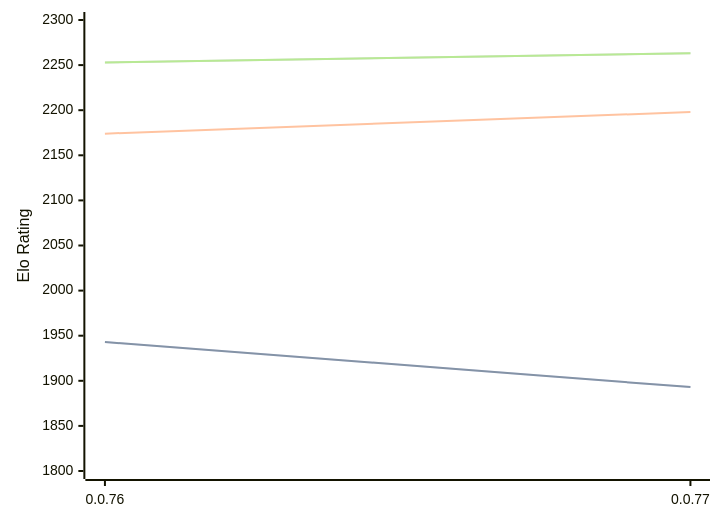
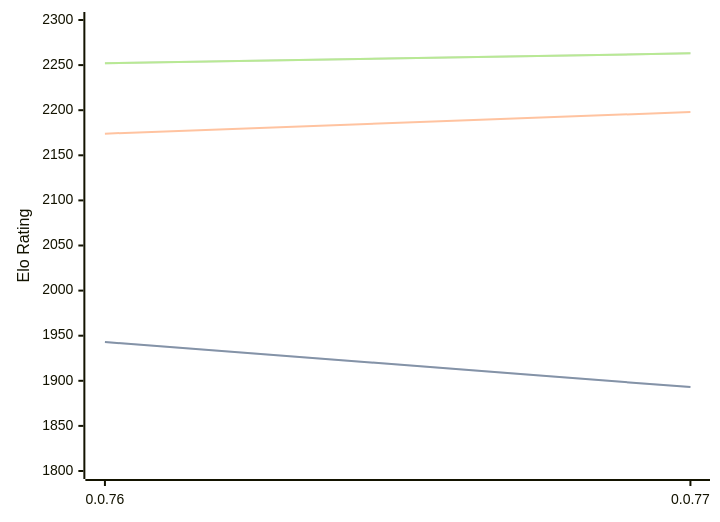
Before and after one commit to computer-chess-index/cci: the diagram in engines/Fktb.md, drawn with Mermaid. The commit also changed other lines of this file, not shown here.

Commit message:
Update CCI Ratings (ELO VLTC) - 2026-04-20

````diff
--- a/engines/Fktb.md
+++ b/engines/Fktb.md
@@ -32,11 +32,11 @@
 ```mermaid
 %%{init: {"theme":"base","themeVariables":{"seriesColors:['#a3a3a3','#222221','#faa371']}}}%%
 xychart-beta
   x-axis ["0.0.76", "0.0.77"]
   y-axis "Elo Rating" 1800 --> 2300
   line "STC (8.0+0.08s)" [1943, 1893]
   line "STC (8.0+0.08s)" [1943, 1893]
   line "LTC (60.0+0.60s)" [2174, 2198]
-  line "VLTC (2m24s+1.12s)" [2253, 2263]
-  line "VLTC (2m24s+1.12s)" [2253, 2263]
+  line "VLTC (2m24s+1.12s)" [2252, 2263]
+  line "VLTC (2m24s+1.12s)" [2252, 2263]
 ```
````
